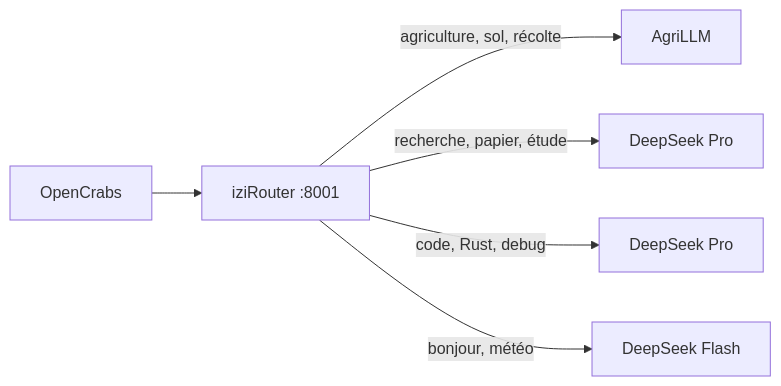
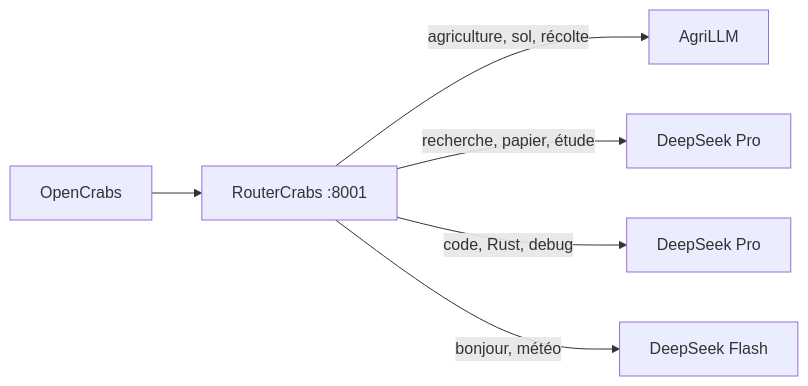
The diagram in README.md (NadLad/RouterCrabs), drawn with Mermaid before and after one commit. The commit also changed other lines of this file and 3 other files, not shown here.

Commit message:
Rename: iziRouter → RouterCrabs

````diff
--- a/README.md
+++ b/README.md
@@ -11,8 +11,8 @@
 ```mermaid
 flowchart LR
-    A[OpenCrabs] --> B[iziRouter :8001]
+    A[OpenCrabs] --> B[RouterCrabs :8001]
     B -->|"agriculture, sol, récolte"| C[AgriLLM]
     B -->|"recherche, papier, étude"| D[DeepSeek Pro]
     B -->|"code, Rust, debug"| E[DeepSeek Pro]
     B -->|"bonjour, météo"| F[DeepSeek Flash]
 ```
````
